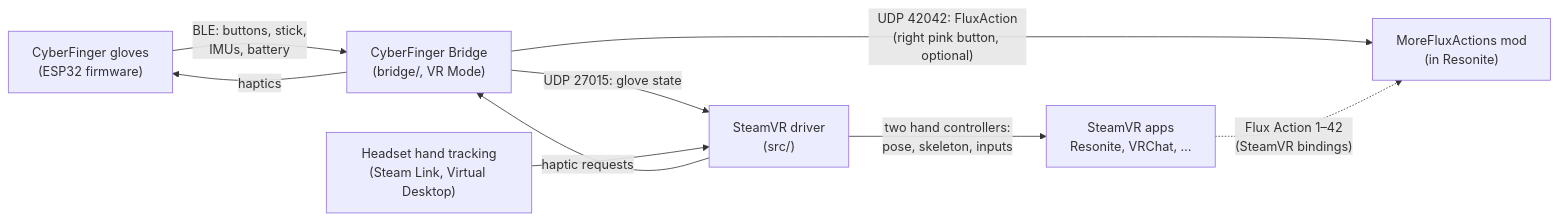
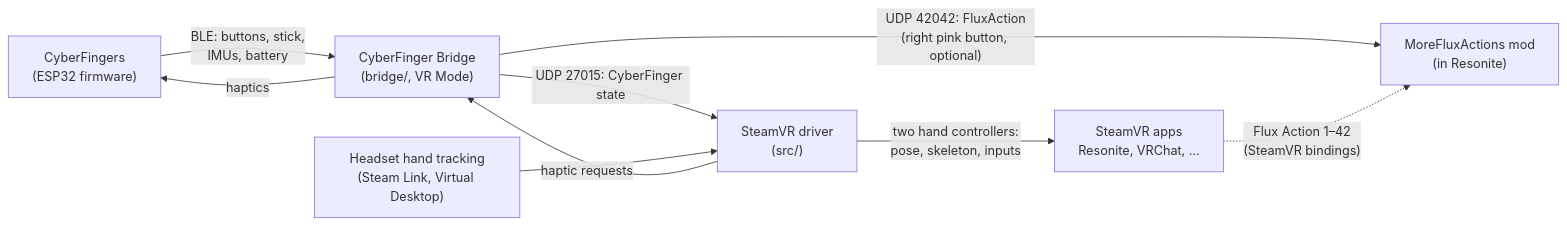
Before and after one commit to SciCortex/CyberFinger_SteamVR: the diagram in docs/README.md, drawn with Mermaid. The commit also changed other lines of this file and 53 other files, not shown here.

````diff
--- a/docs/README.md
+++ b/docs/README.md
@@ -23,11 +24,11 @@
 ```mermaid
 flowchart LR
-    G["CyberFinger gloves<br/>(ESP32 firmware)"] -- "BLE: buttons, stick,<br/>IMUs, battery" --> B["CyberFinger Bridge<br/>(bridge/, VR Mode)"]
+    G["CyberFingers<br/>(ESP32 firmware)"] -- "BLE: buttons, stick,<br/>IMUs, battery" --> B["CyberFinger Bridge<br/>(bridge/, VR Mode)"]
     B -- "haptics" --> G
-    B -- "UDP 27015: glove state" --> D["SteamVR driver<br/>(src/)"]
+    B -- "UDP 27015: CyberFinger state" --> D["SteamVR driver<br/>(src/)"]
     D -- "haptic requests" --> B
     D -- "two hand controllers:<br/>pose, skeleton, inputs" --> S["SteamVR apps<br/>Resonite, VRChat, …"]
     H["Headset hand tracking<br/>(Steam Link, Virtual Desktop)"] --> D
     B -- "UDP 42042: FluxAction<br/>(right pink button, optional)" --> M["MoreFluxActions mod<br/>(in Resonite)"]
     S -. "Flux Action 1–42<br/>(SteamVR bindings)" .-> M
 ```
````
